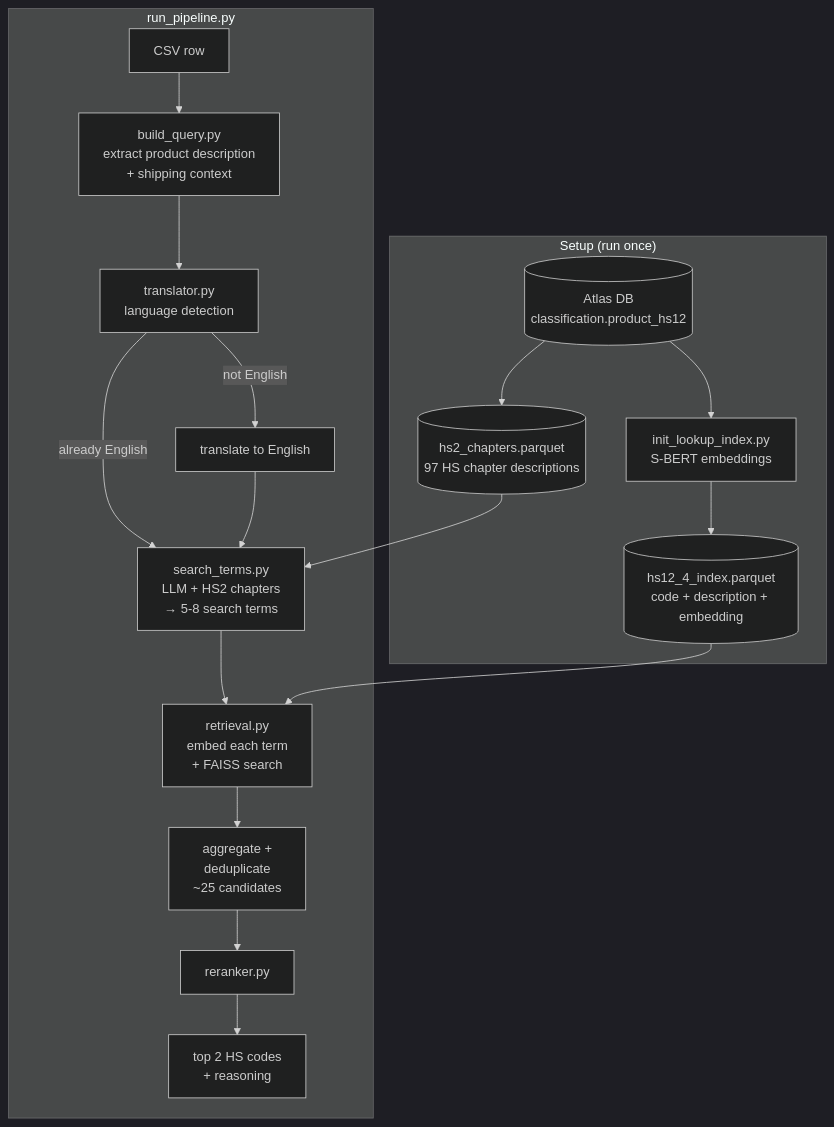
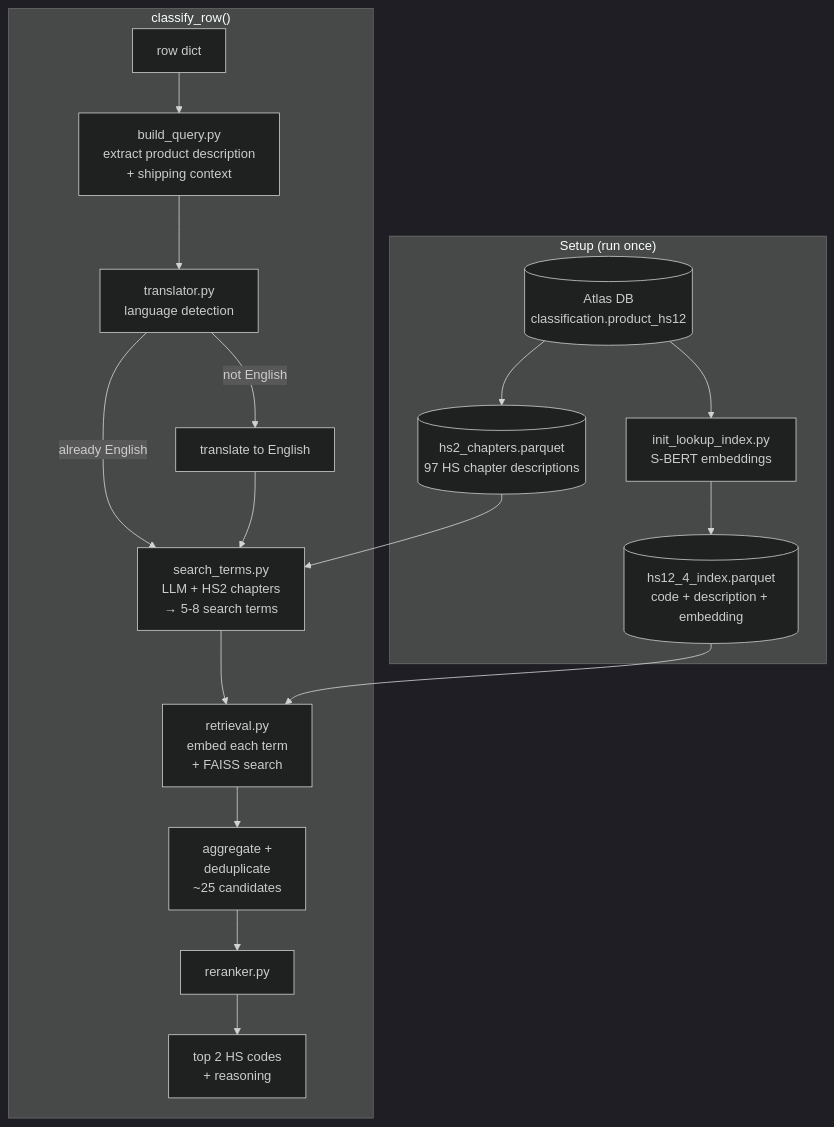
The diagram in README.md (harvard-growth-lab/hscode-mapping), drawn with Mermaid (dark theme) before and after one commit. The commit also changed other lines of this file, not shown here.

````diff
--- a/README.md
+++ b/README.md
@@ -7,25 +57,25 @@
 ```mermaid
 flowchart TD
     subgraph setup ["Setup (run once)"]
         DB[("Atlas DB\nclassification.product_hs12")]
         EMB["init_lookup_index.py\nS-BERT embeddings"]
         IDX[("hs12_4_index.parquet\ncode + description + embedding")]
         CH[("hs2_chapters.parquet\n97 HS chapter descriptions")]
         DB --> EMB --> IDX
         DB --> CH
     end
 
-    subgraph classify ["run_pipeline.py"]
-        A["CSV row"] --> BQ["build_query.py\nextract product description\n+ shipping context"]
+    subgraph classify ["classify_row()"]
+        A["row dict"] --> BQ["build_query.py\nextract product description\n+ shipping context"]
         BQ --> T["translator.py\nlanguage detection"]
         T -->|not English| TR["translate to English"]
         T -->|already English| ST
         TR --> ST["search_terms.py\nLLM + HS2 chapters\n→ 5-8 search terms"]
         CH --> ST
         ST --> R["retrieval.py\nembed each term\n+ FAISS search"]
         IDX --> R
         R --> AGG["aggregate +\ndeduplicate\n~25 candidates"]
         AGG --> RR["reranker.py"]
         RR --> OUT["top 2 HS codes\n+ reasoning"]
     end
 ```
````
